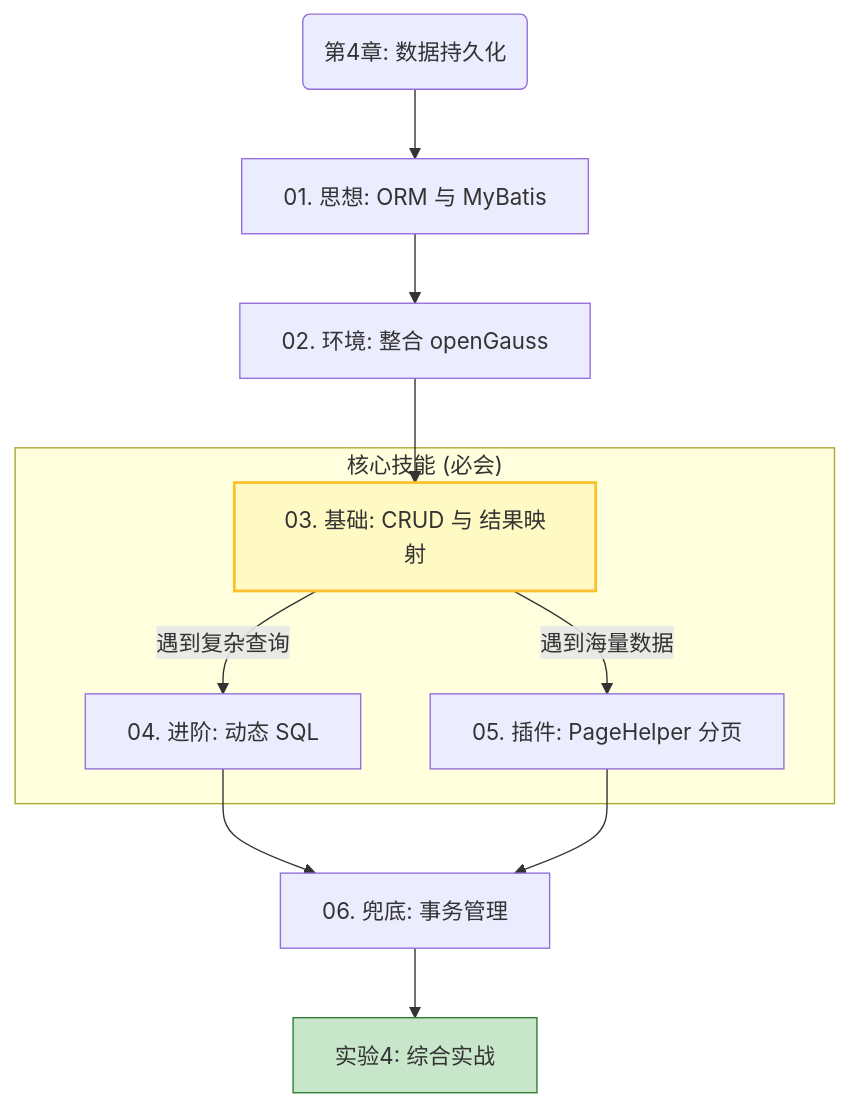
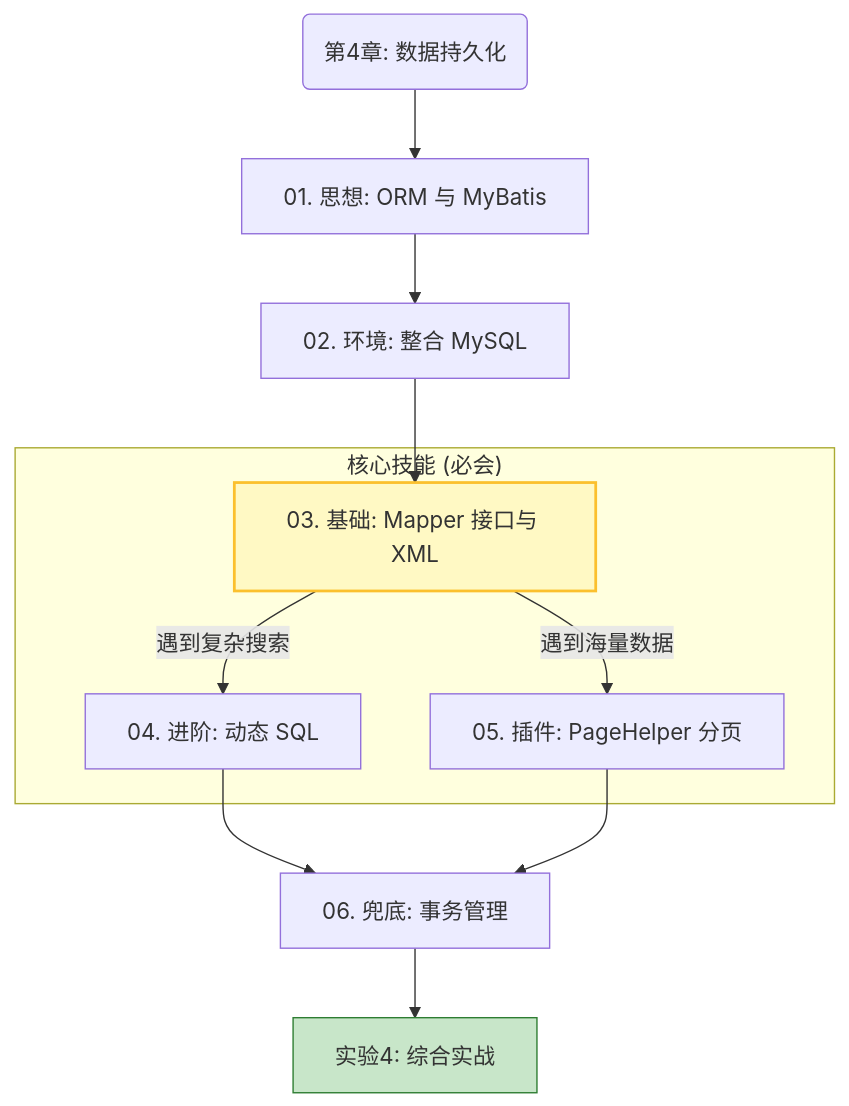
Before and after one commit to dedeguo/javaweb-course-docs: the diagram in docs/chapter04/index.md, drawn with Mermaid. The commit also changed other lines of this file and 10 other files, not shown here.

````diff
--- a/docs/chapter04/index.md
+++ b/docs/chapter04/index.md
@@ -12,20 +17,20 @@
 ```mermaid
 graph TD
     Start(第4章: 数据持久化) --> 01_Concept[01. 思想: ORM 与 MyBatis]
-    01_Concept --> 02_Env[02. 环境: 整合 openGauss]
-    02_Env --> 03_Basic[03. 基础: CRUD 与 结果映射]
+    01_Concept --> 02_Env[02. 环境: 整合 MySQL]
+    02_Env --> 03_Basic[03. 基础: Mapper 接口与 XML]
     
     subgraph "核心技能 (必会)"
-    03_Basic -- 遇到复杂查询 --> 04_Dynamic[04. 进阶: 动态 SQL]
+    03_Basic -- 遇到复杂搜索 --> 04_Dynamic[04. 进阶: 动态 SQL]
     03_Basic -- 遇到海量数据 --> 05_Page[05. 插件: PageHelper 分页]
     end
     
     04_Dynamic --> 06_Tx[06. 兜底: 事务管理]
     05_Page --> 06_Tx
     
     06_Tx --> Lab4[实验4: 综合实战]
 
     style 03_Basic fill:#fff9c4,stroke:#fbc02d,stroke-width:2px
     style Lab4 fill:#c8e6c9,stroke:#2e7d32
 
 ```
````
